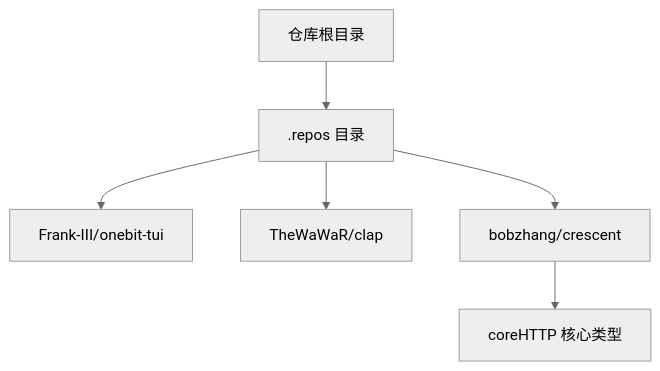
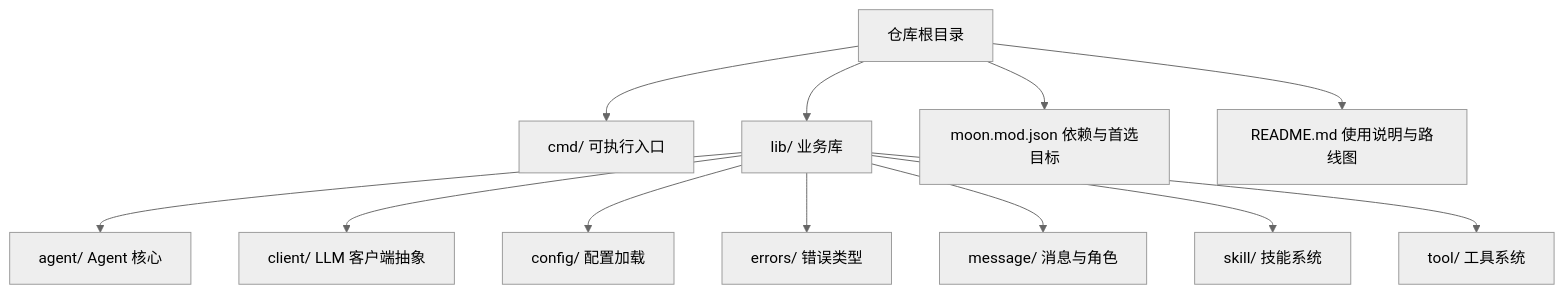
Before and after one commit to hnlyxiaobing/MBOpenClacky: the first of 7 diagrams in .qoder/repowiki/zh/content/快速开始.md, drawn with Mermaid (neutral theme). The commit also changed other lines of this file and 61 other files, not shown here.

````diff
--- a/.qoder/repowiki/zh/content/快速开始.md
+++ b/.qoder/repowiki/zh/content/快速开始.md
@@ -36,8 +33,14 @@
 ```mermaid
 graph TB
-Root["仓库根目录"] --> Repos[".repos 目录"]
-Repos --> Frank["Frank-III/onebit-tui"]
-Repos --> TheWaWaR["TheWaWaR/clap"]
-Repos --> BobZhang["bobzhang/crescent"]
-BobZhang --> CorePkg["coreHTTP 核心类型"]
+A["仓库根目录"] --> B["cmd/ 可执行入口"]
+A --> C["lib/ 业务库"]
+C --> C1["agent/ Agent 核心"]
+C --> C2["client/ LLM 客户端抽象"]
+C --> C3["config/ 配置加载"]
+C --> C4["errors/ 错误类型"]
+C --> C5["message/ 消息与角色"]
+C --> C6["skill/ 技能系统"]
+C --> C7["tool/ 工具系统"]
+A --> D["moon.mod.json 依赖与首选目标"]
+A --> E["README.md 使用说明与路线图"]
 ```
````
